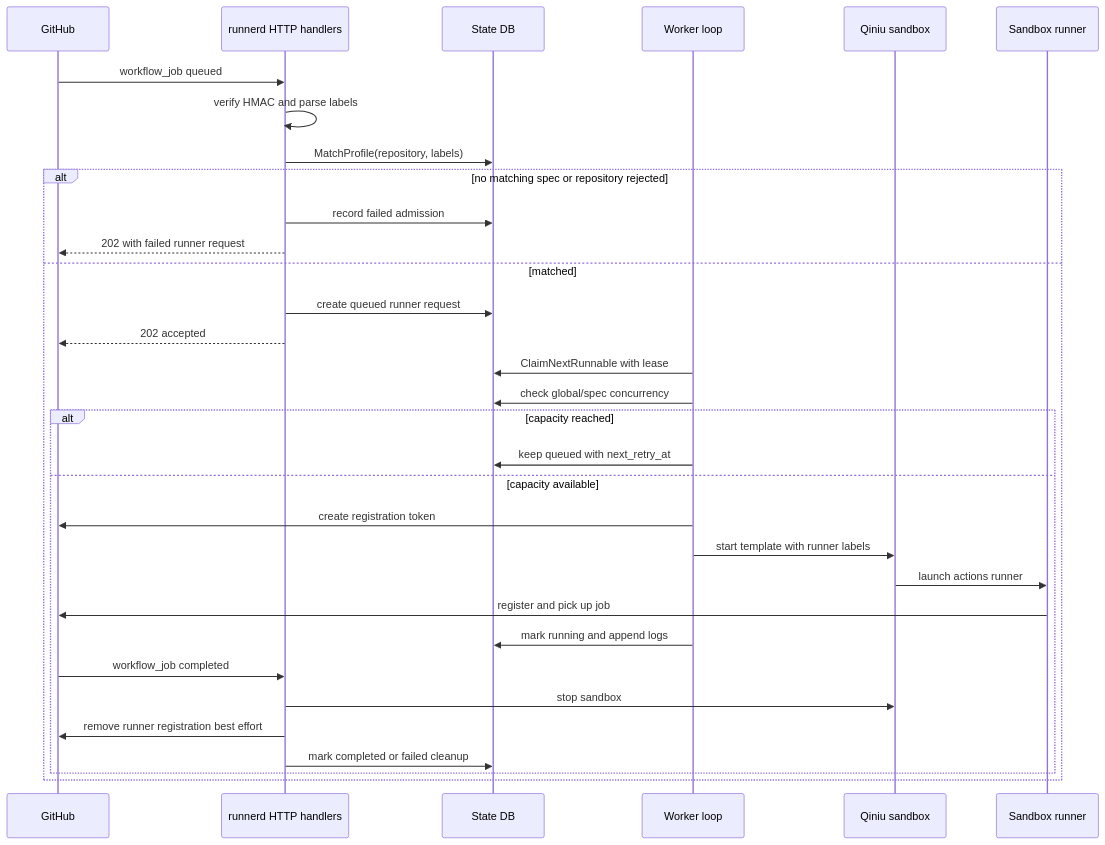
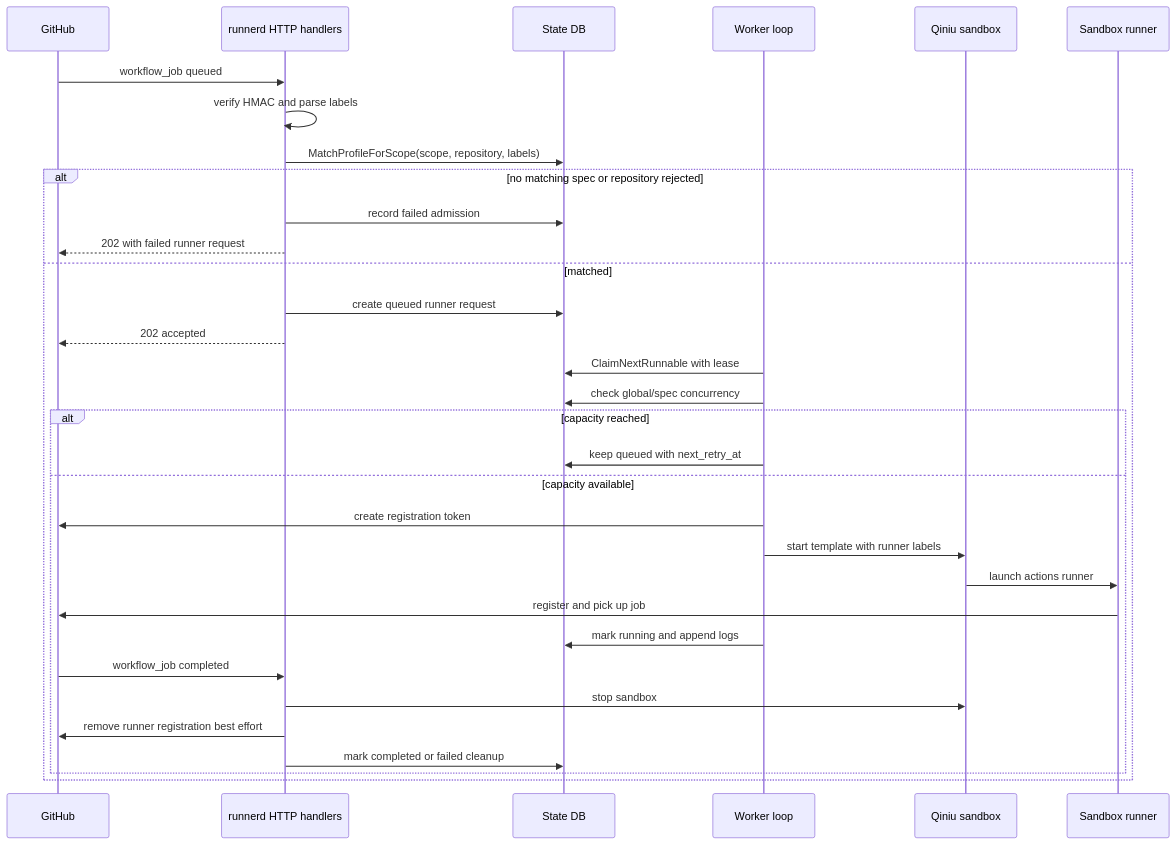
One commit to jimyag/e2b-github-runner changed the third of 6 diagrams in docs/runner-architecture-comparison.md. Above: the diagram before and after it, drawn with Mermaid. The commit also changed other lines of this file and 25 other files, not shown here.

````diff
--- a/docs/runner-architecture-comparison.md
+++ b/docs/runner-architecture-comparison.md
@@ -92,35 +92,35 @@
 ```mermaid
 sequenceDiagram
   participant GH as GitHub
   participant HTTP as runnerd HTTP handlers
   participant Store as State DB
   participant Worker as Worker loop
   participant QiniuSandbox as Qiniu sandbox
   participant Runner as Sandbox runner
 
   GH->>HTTP: workflow_job queued
   HTTP->>HTTP: verify HMAC and parse labels
-  HTTP->>Store: MatchProfile(repository, labels)
+  HTTP->>Store: MatchProfileForScope(scope, repository, labels)
   alt no matching spec or repository rejected
     HTTP->>Store: record failed admission
     HTTP-->>GH: 202 with failed runner request
   else matched
     HTTP->>Store: create queued runner request
     HTTP-->>GH: 202 accepted
     Worker->>Store: ClaimNextRunnable with lease
     Worker->>Store: check global/spec concurrency
     alt capacity reached
       Worker->>Store: keep queued with next_retry_at
     else capacity available
       Worker->>GH: create registration token
       Worker->>QiniuSandbox: start template with runner labels
       QiniuSandbox->>Runner: launch actions runner
       Runner->>GH: register and pick up job
       Worker->>Store: mark running and append logs
       GH->>HTTP: workflow_job completed
       HTTP->>QiniuSandbox: stop sandbox
       HTTP->>GH: remove runner registration best effort
       HTTP->>Store: mark completed or failed cleanup
     end
   end
 ```
````
